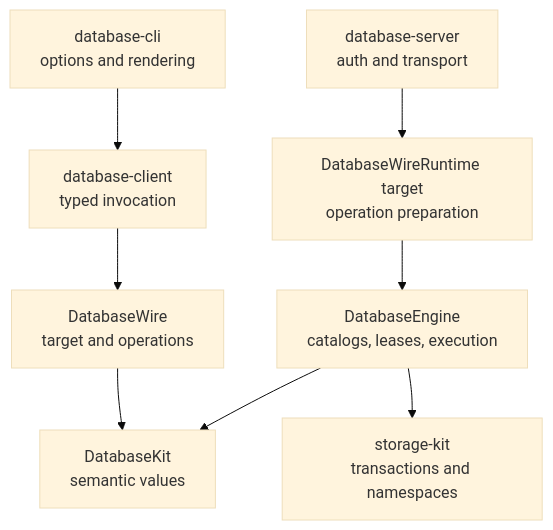
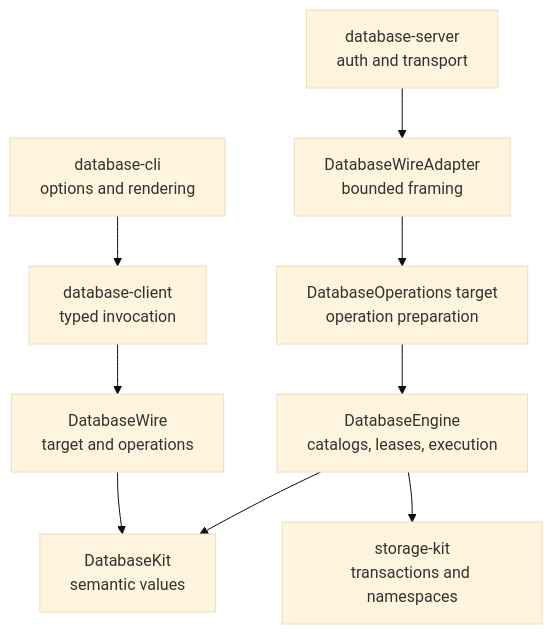
One commit to 1amageek/database-framework changed the second of 6 diagrams in docs/base-composition-implementation-design.md. Above: the diagram before and after it, drawn with Mermaid (base theme). The commit also changed other lines of this file and 672 other files, not shown here.

Commit message:
Split operation execution from wire hosting

````diff
--- a/docs/base-composition-implementation-design.md
+++ b/docs/base-composition-implementation-design.md
@@ -205,11 +205,12 @@
 ```mermaid
 flowchart TB
     CLI["database-cli<br/>options and rendering"] --> Client["database-client<br/>typed invocation"]
     Client --> Wire["DatabaseWire<br/>target and operations"]
     Wire --> Kit["DatabaseKit<br/>semantic values"]
 
-    Host["database-server<br/>auth and transport"] --> Server["DatabaseWireRuntime target<br/>operation preparation"]
+    Host["database-server<br/>auth and transport"] --> Adapter["DatabaseWireAdapter<br/>bounded framing"]
+    Adapter --> Server["DatabaseOperations target<br/>operation preparation"]
     Server --> Engine["DatabaseEngine<br/>catalogs, leases, execution"]
     Engine --> Kit
     Engine --> Storage["storage-kit<br/>transactions and namespaces"]
 ```
````
